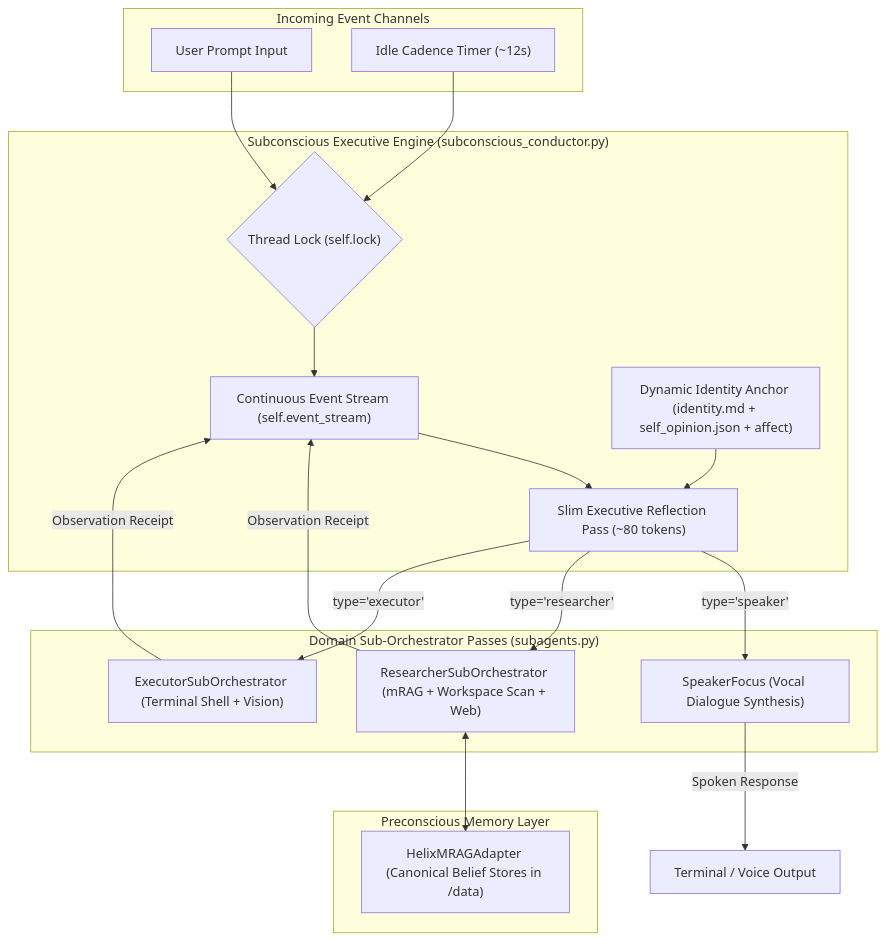
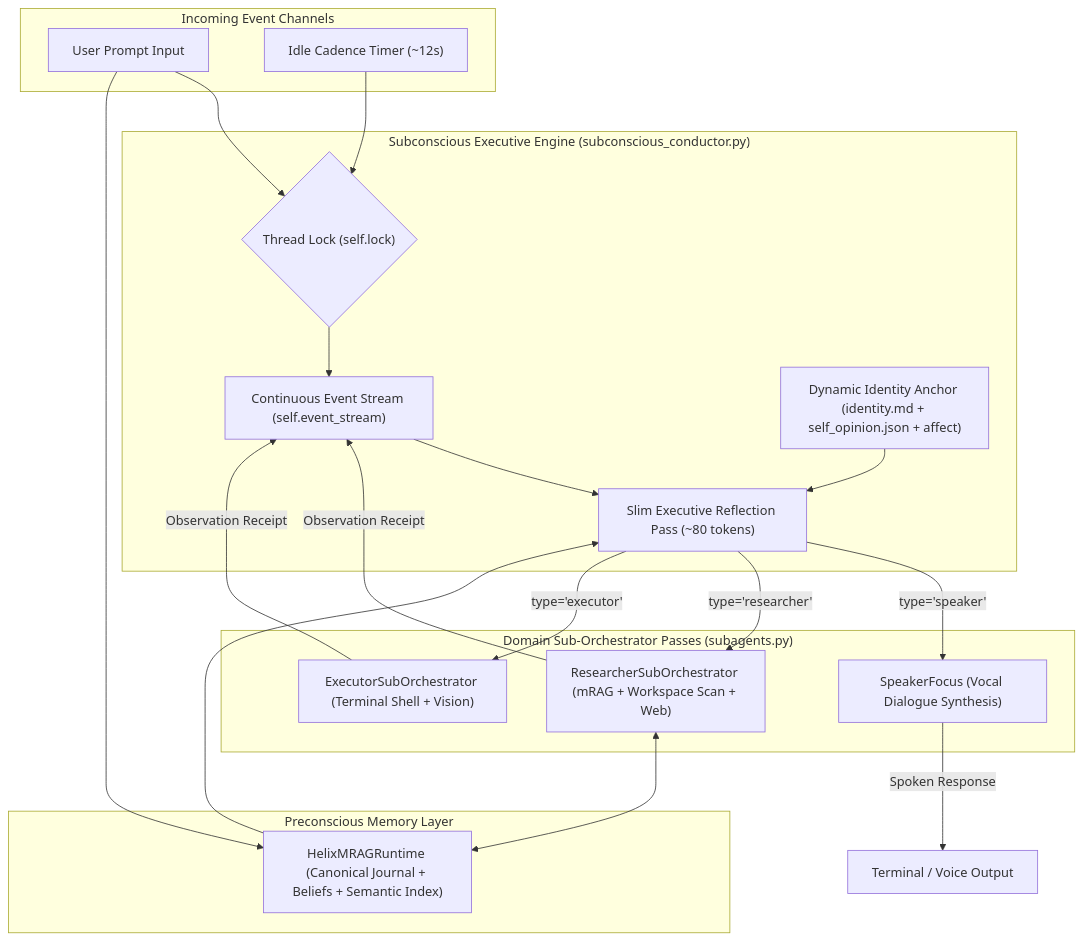
One commit to munch2u-a11y/Helix-AGI changed the first of 2 diagrams in Over_Agent_Design/docs/ARCHITECTURE.md. Above: the diagram before and after it, drawn with Mermaid. The commit also changed other lines of this file and 40 other files, not shown here.

````diff
--- a/Over_Agent_Design/docs/ARCHITECTURE.md
+++ b/Over_Agent_Design/docs/ARCHITECTURE.md
@@ -22,37 +22,39 @@
 ```mermaid
 flowchart TD
     subgraph Inputs ["Incoming Event Channels"]
         U["User Prompt Input"]
         T["Idle Cadence Timer (~12s)"]
     end
 
     subgraph Conductor ["Subconscious Executive Engine (subconscious_conductor.py)"]
         S["Continuous Event Stream (self.event_stream)"]
         A["Dynamic Identity Anchor (identity.md + self_opinion.json + affect)"]
         E["Slim Executive Reflection Pass (~80 tokens)"]
         L{"Thread Lock (self.lock)"}
     end
 
     subgraph SubOrchestrators ["Domain Sub-Orchestrator Passes (subagents.py)"]
         SP["SpeakerFocus (Vocal Dialogue Synthesis)"]
         RE["ResearcherSubOrchestrator (mRAG + Workspace Scan + Web)"]
         EX["ExecutorSubOrchestrator (Terminal Shell + Vision)"]
     end
 
     subgraph Memory ["Preconscious Memory Layer"]
-        M["HelixMRAGAdapter (Canonical Belief Stores in /data)"]
+        M["HelixMRAGRuntime (Canonical Journal + Beliefs + Semantic Index)"]
     end
 
     U --> L
     T --> L
     L --> S
     A --> E
     S --> E
     E -->|type='speaker'| SP
     E -->|type='researcher'| RE
     E -->|type='executor'| EX
+    U --> M
+    M --> E
     RE <--> M
     RE -->|Observation Receipt| S
     EX -->|Observation Receipt| S
     SP -->|Spoken Response| Out["Terminal / Voice Output"]
 ```
````
